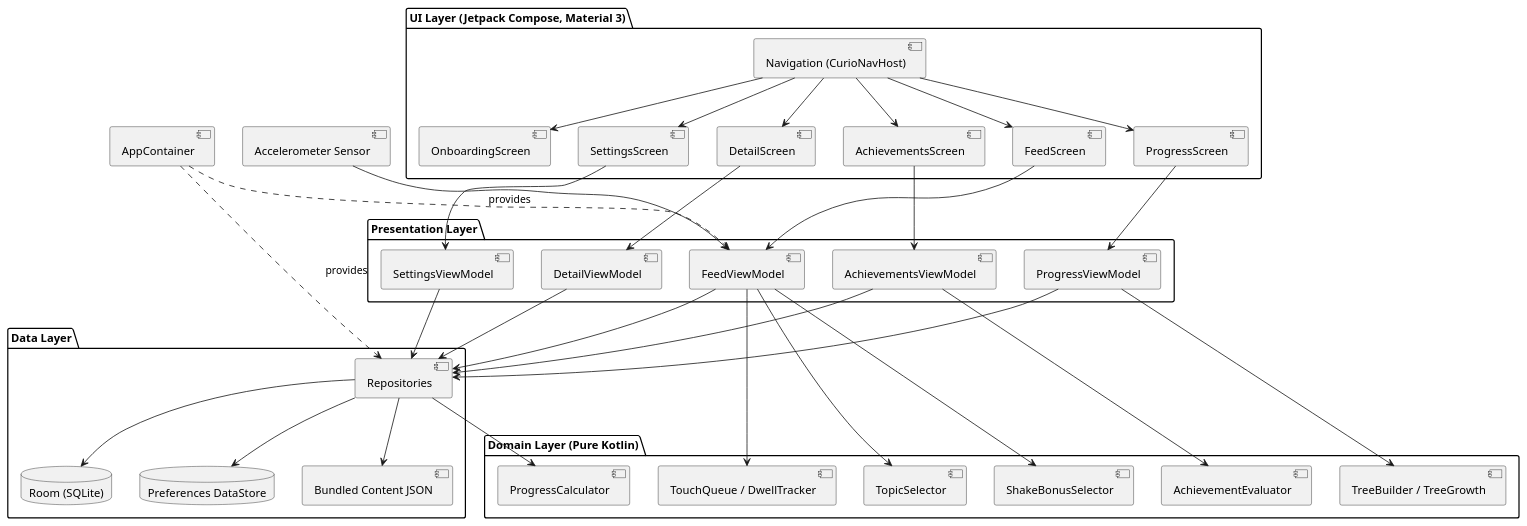
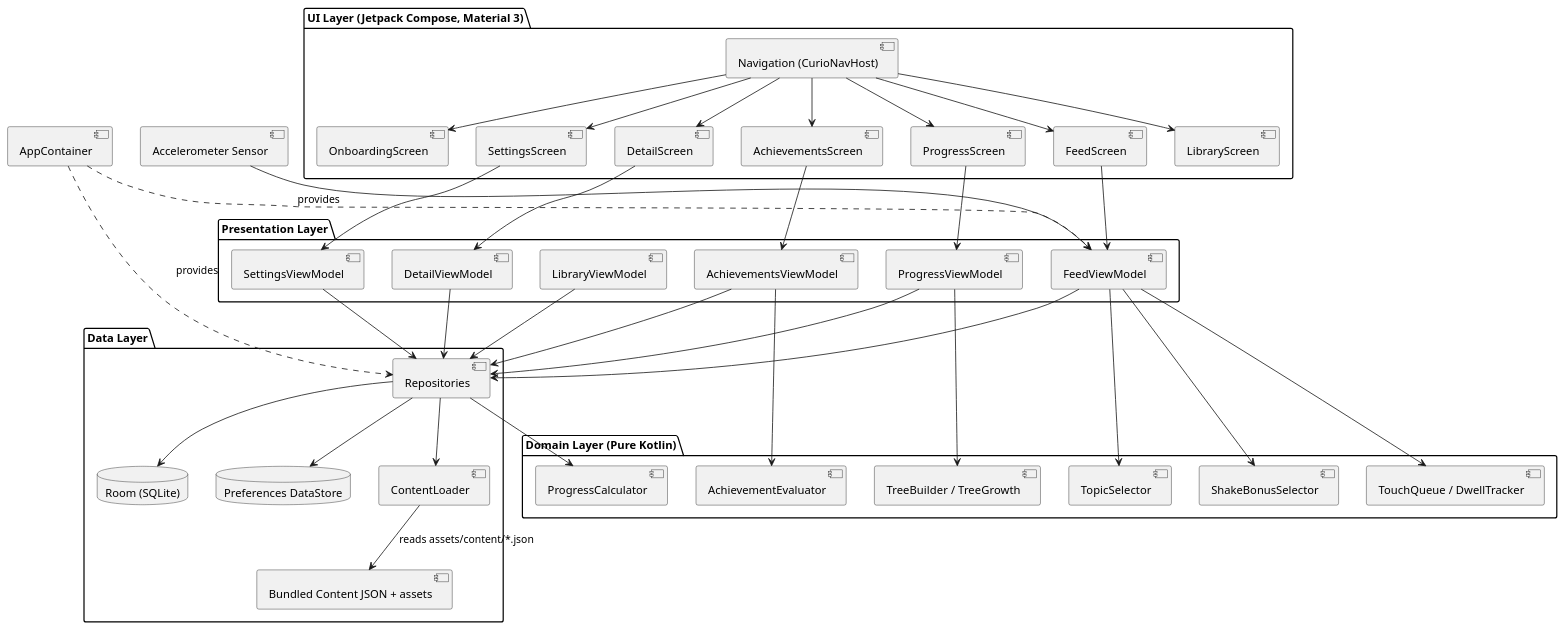
The tenth of 10 diagrams in docs/CURIO_requirements_and_diagrams.md (Alexia-Crisan/Curio), drawn with PlantUML before and after one commit. The commit also changed other lines of this file and 2 other files, not shown here.

Commit message:
docs: requirements, diagrams, acceptance matrix and demo script match the final app

````diff
--- a/docs/CURIO_requirements_and_diagrams.md
+++ b/docs/CURIO_requirements_and_diagrams.md
@@ -470,66 +515,72 @@
 ```plantuml
 @startuml
 skinparam componentStyle uml2
 package "UI Layer (Jetpack Compose, Material 3)" {
   [OnboardingScreen] as ONB
   [FeedScreen] as FEED
   [DetailScreen] as DETAIL
   [ProgressScreen] as CAL
   [AchievementsScreen] as ACH
   [SettingsScreen] as SET
+  [LibraryScreen] as LIB
   [Navigation (CurioNavHost)] as NAV
 }
 package "Presentation Layer" {
   [FeedViewModel] as FVM
   [DetailViewModel] as DVM
   [ProgressViewModel] as PVM
   [AchievementsViewModel] as AVM
   [SettingsViewModel] as SVM
+  [LibraryViewModel] as LVM
 }
 package "Domain Layer (Pure Kotlin)" {
   [TopicSelector] as TS
   [ProgressCalculator] as PC
   [AchievementEvaluator] as AE
   [TreeBuilder / TreeGrowth] as TB
   [ShakeBonusSelector] as SB
   [TouchQueue / DwellTracker] as DW
 }
 package "Data Layer" {
   [Repositories] as REPO
   database "Room (SQLite)" as ROOM
   database "Preferences DataStore" as DS
-  [Bundled Content JSON] as CONTENT
+  [Bundled Content JSON + assets] as CONTENT
+  [ContentLoader] as LOADER
 }
 [AppContainer] as DI
 [Accelerometer Sensor] as SENS
 
 NAV --> ONB
 NAV --> FEED
 NAV --> DETAIL
 NAV --> CAL
 NAV --> ACH
 NAV --> SET
+NAV --> LIB
 FEED --> FVM
 DETAIL --> DVM
 CAL --> PVM
 ACH --> AVM
 SET --> SVM
+LVM --> REPO
 SENS --> FVM
 FVM --> TS
 FVM --> DW
 FVM --> SB
 AVM --> AE
 PVM --> TB
 FVM --> REPO
 DVM --> REPO
 PVM --> REPO
 AVM --> REPO
 SVM --> REPO
 REPO --> PC
 REPO --> ROOM
 REPO --> DS
-REPO --> CONTENT
+REPO --> LOADER
+LOADER --> CONTENT : reads assets/content/*.json
 DI ..> REPO : provides
 DI ..> FVM : provides
 @enduml
 ```
````
